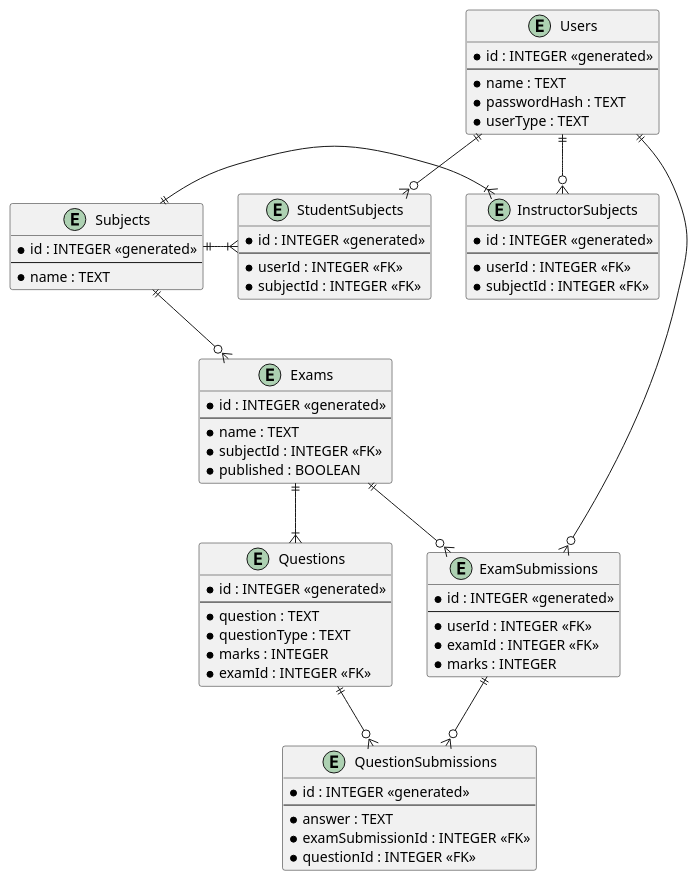
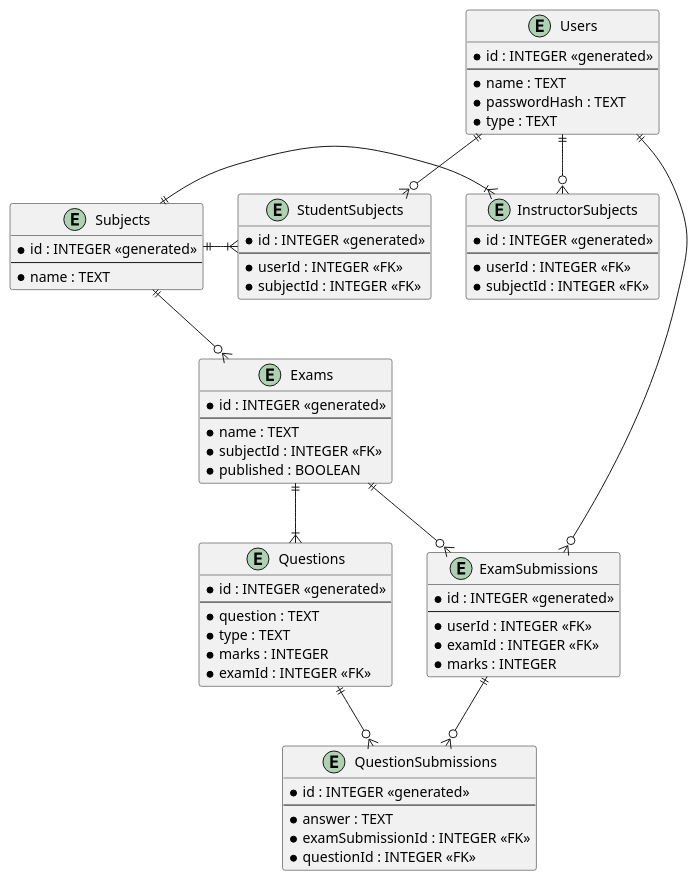
Before and after one commit to omjadas/ekzameno: the diagram in docs/diagrams/er.puml, drawn with PlantUML.

Commit message:
docs(er): rename type columns

```diff
--- a/docs/diagrams/er.puml
+++ b/docs/diagrams/er.puml
@@ -1,77 +1,77 @@
 @startuml ER Diagram
 
 entity Users {
     * id : INTEGER <<generated>>
     --
     * name : TEXT
     * passwordHash : TEXT
-    * userType : TEXT
+    * type : TEXT
 }
 
 entity Subjects {
     * id : INTEGER <<generated>>
     --
     * name : TEXT
 }
 
 entity Exams {
     * id : INTEGER <<generated>>
     --
     * name : TEXT
     * subjectId : INTEGER <<FK>>
     * published : BOOLEAN
 }
 
 entity Questions {
     * id : INTEGER <<generated>>
     --
     * question : TEXT
-    * questionType : TEXT
+    * type : TEXT
     * marks : INTEGER
     * examId : INTEGER <<FK>>
 }
 
 entity ExamSubmissions {
     * id : INTEGER <<generated>>
     --
     * userId : INTEGER <<FK>>
     * examId : INTEGER <<FK>>
     * marks : INTEGER
 }
 
 entity QuestionSubmissions {
     * id : INTEGER <<generated>>
     --
     * answer : TEXT
     * examSubmissionId : INTEGER <<FK>>
     * questionId : INTEGER <<FK>>
 }
 
 entity InstructorSubjects {
     * id : INTEGER <<generated>>
     --
     * userId : INTEGER <<FK>>
     * subjectId : INTEGER <<FK>>
 }
 
 entity StudentSubjects {
     * id : INTEGER <<generated>>
     --
     * userId : INTEGER <<FK>>
     * subjectId : INTEGER <<FK>>
 }
 
 Subjects ||--o{ Exams
 Exams ||--|{ Questions
 Users ||--o{ ExamSubmissions
 Exams ||--o{ ExamSubmissions
 ExamSubmissions ||--o{ QuestionSubmissions
 Questions ||--o{ QuestionSubmissions
 
 Users ||--o{ InstructorSubjects
 Users ||--o{ StudentSubjects
 
 Subjects ||-|{ InstructorSubjects
 Subjects ||-|{ StudentSubjects
 
 @enduml
```
